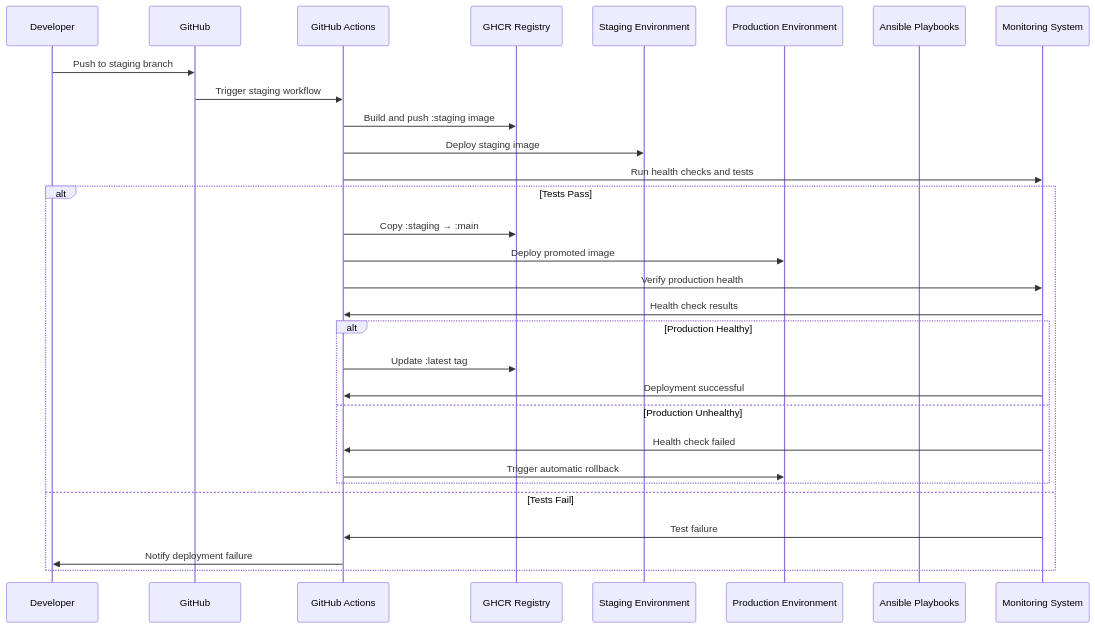
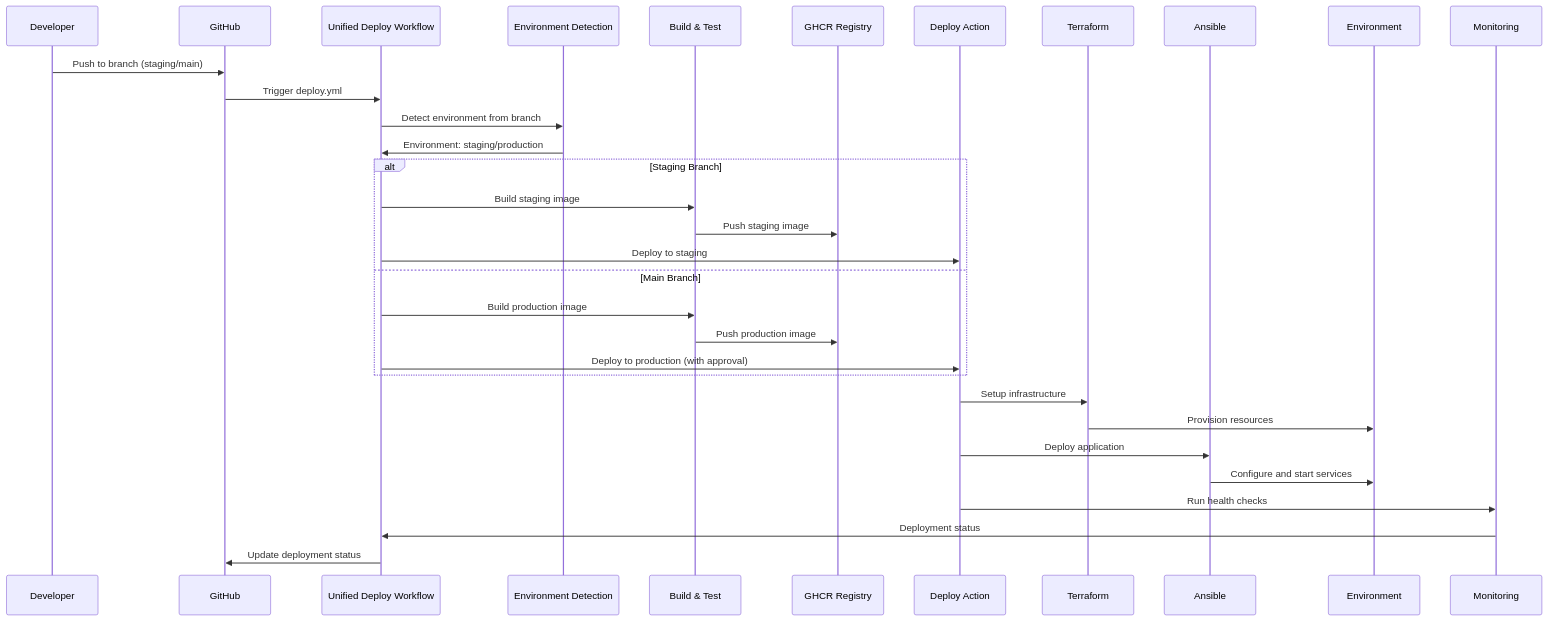
One commit to bxmty/dotca changed the second of 11 diagrams in docs/component-interaction-diagram.md. Above: the diagram before and after it, drawn with Mermaid. The commit also changed other lines of this file and 7 other files, not shown here.

````diff
--- a/docs/component-interaction-diagram.md
+++ b/docs/component-interaction-diagram.md
@@ -85,35 +82,37 @@
 ```mermaid
 sequenceDiagram
     participant Dev as Developer
     participant GH as GitHub
-    participant GA as GitHub Actions
+    participant WF as Unified Deploy Workflow
+    participant Detect as Environment Detection
+    participant Build as Build & Test
     participant GHCR as GHCR Registry
-    participant Staging as Staging Environment
-    participant Prod as Production Environment
-    participant Ansible as Ansible Playbooks
-    participant Monitor as Monitoring System
+    participant Deploy as Deploy Action
+    participant TF as Terraform
+    participant ANS as Ansible
+    participant Env as Environment
+    participant Monitor as Monitoring
 
-    Dev->>GH: Push to staging branch
-    GH->>GA: Trigger staging workflow
-    GA->>GHCR: Build and push :staging image
-    GA->>Staging: Deploy staging image
-    GA->>Monitor: Run health checks and tests
+    Dev->>GH: Push to branch (staging/main)
+    GH->>WF: Trigger deploy.yml
+    WF->>Detect: Detect environment from branch
+    Detect->>WF: Environment: staging/production
 
-    alt Tests Pass
-        GA->>GHCR: Copy :staging → :main
-        GA->>Prod: Deploy promoted image
-        GA->>Monitor: Verify production health
-        Monitor->>GA: Health check results
+    alt Staging Branch
+        WF->>Build: Build staging image
+        Build->>GHCR: Push staging image
+        WF->>Deploy: Deploy to staging
+    else Main Branch
+        WF->>Build: Build production image
+        Build->>GHCR: Push production image
+        WF->>Deploy: Deploy to production (with approval)
+    end
 
-        alt Production Healthy
-            GA->>GHCR: Update :latest tag
-            Monitor->>GA: Deployment successful
-        else Production Unhealthy
-            Monitor->>GA: Health check failed
-            GA->>Prod: Trigger automatic rollback
-        end
-    else Tests Fail
-        Monitor->>GA: Test failure
-        GA->>Dev: Notify deployment failure
-    end
+    Deploy->>TF: Setup infrastructure
+    TF->>Env: Provision resources
+    Deploy->>ANS: Deploy application
+    ANS->>Env: Configure and start services
+    Deploy->>Monitor: Run health checks
+    Monitor->>WF: Deployment status
+    WF->>GH: Update deployment status
 ```
````
